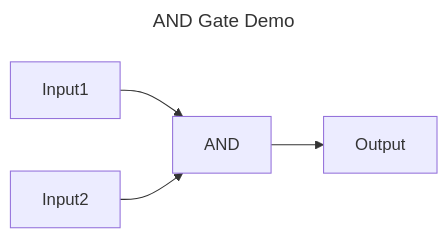
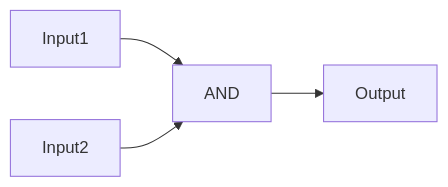
The diagram in Logic.md (chokes-Web-Repositories/Wubby-WikiJS), drawn with Mermaid before and after one commit. The commit also changed other lines of this file, not shown here.

Commit message:
docs: update Logic

````diff
--- a/Logic.md
+++ b/Logic.md
@@ -128,9 +128,6 @@
 ```mermaid
----
-title: AND Gate Demo
----
 graph LR
 	Input1 --> AND
   Input2 --> AND
   AND --> Output
 ```
````
